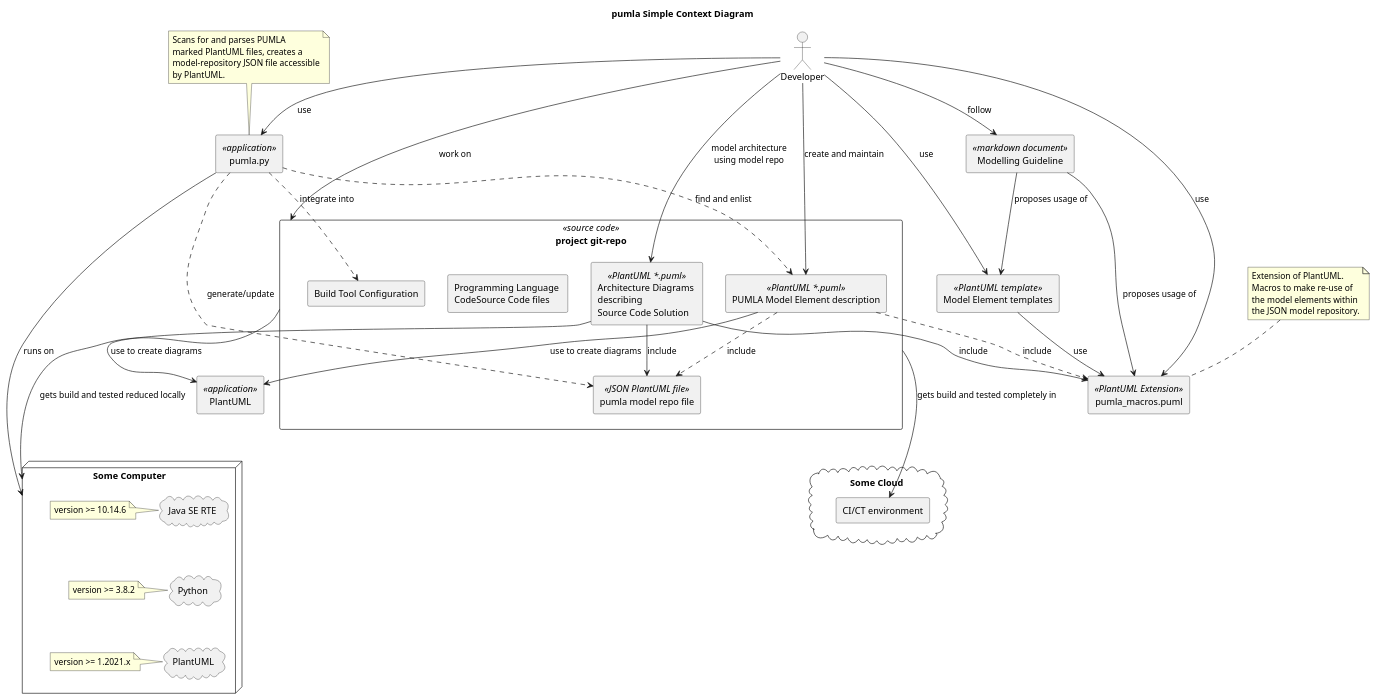
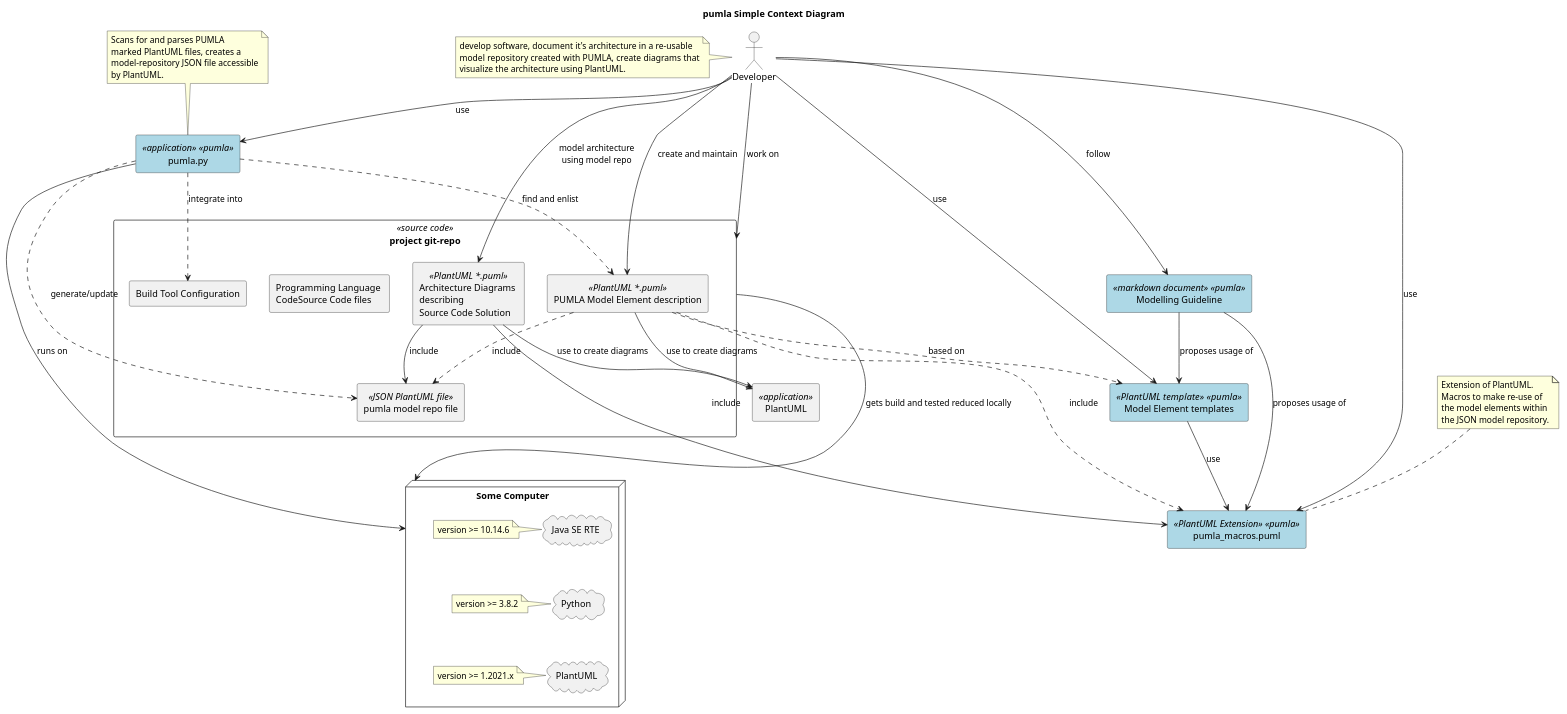
Before and after one commit to DrMarkusVoss/pumla: the diagram in arch/01_context/pumla_context.puml, drawn with PlantUML. The commit also changed 3 other files, not shown here.

```diff
--- a/arch/01_context/pumla_context.puml
+++ b/arch/01_context/pumla_context.puml
@@ -1,104 +1,108 @@
 @startuml
 
 skinparam componentStyle uml2
+
+skinparam rectangle {
+    backgroundColor<<pumla>> LightBlue
+}
 
 title pumla Simple Context Diagram
 
 
 :Developer: as dev
 
+note left of dev
+    develop software, document it's architecture in a re-usable
+    model repository created with PUMLA, create diagrams  that
+    visualize the architecture using PlantUML.
+end note
 
-rectangle "pumla.py" <<application>> as pumla {
+rectangle "pumla.py" <<application>> <<pumla>> as pumla {
 }
 
-rectangle "pumla_macros.puml" <<PlantUML Extension>> as pmac {
+rectangle "pumla_macros.puml" <<PlantUML Extension>> <<pumla>> as pmac {
 }
 
 rectangle "PlantUML" <<application>> as plantuml {
 }
 
 note top of pmac
     Extension of PlantUML.
     Macros to make re-use of
     the model elements within
     the JSON model repository.
 end note
 
 rectangle "project git-repo" <<source code>> as pgr {
 rectangle "PUMLA Model Element description" <<PlantUML *.puml>>  as pumlf {
 }
 rectangle "Architecture Diagrams \ndescribing \nSource Code Solution" <<PlantUML *.puml>>  as archdiags {
 }
 rectangle "pumla model repo file" <<JSON PlantUML file>> as pumlamr {
 }
 
 rectangle "Programming Language \nCodeSource Code files" {
 }
 rectangle "Build Tool Configuration" as btc {
 }
 }
 
-rectangle "Modelling Guideline" <<markdown document>> as modguid {
+rectangle "Modelling Guideline" <<markdown document>> <<pumla>> as modguid {
 }
 
-rectangle "Model Element templates" <<PlantUML  template>> as templ {
+rectangle "Model Element templates" <<PlantUML  template>> <<pumla>> as templ {
 }
 
 note top of pumla
     Scans for and parses PUMLA
     marked PlantUML files, creates a
     model-repository JSON file accessible
     by PlantUML.
 end note
 
 
 node "Some Computer" as sco {
 cloud "Java SE RTE" as Java {
 }
  note left of Java : version >= 10.14.6
 
 cloud Python {
  }
  note left of Python: version >= 3.8.2
 
 cloud PlantUML as puml {
 
  }
  note left of puml: version >= 1.2021.x
 
 }
 
-cloud "Some Cloud" as cloud {
- rectangle "CI/CT environment" as cict {
- }
-}
 
 Java -[hidden]-> Python
 Python -[hidden]-> puml
 pumlamr -[hidden]-> sco
-pumlamr -[hidden]-> cloud
 
 pumla --> sco: runs on
 
 dev-->pumla: use
 dev-->pgr: work on
 dev-->modguid: follow
 dev-->templ : use
 dev --> archdiags : model architecture\nusing model repo
 templ-->pmac :use
 modguid--> pmac: proposes usage of
 modguid--> templ: proposes usage of
 archdiags-->pmac : include
 archdiags-->pumlamr : include
 pumla ..> btc: integrate into
 pumla ..> pumlamr: generate/update
 pumla ..> pumlf: find and enlist
 pumlf ..> pumlamr: include
 pumlf ..> pmac : include
+pumlf ..> templ : based on
 dev --> pmac : use
 dev --> pumlf : create and maintain
-pgr --> cict : gets build and tested completely in
 pgr --> sco : gets build and tested reduced locally
 pumlf --> plantuml: use to create diagrams
 archdiags -->plantuml: use to create diagrams
 @enduml
```
